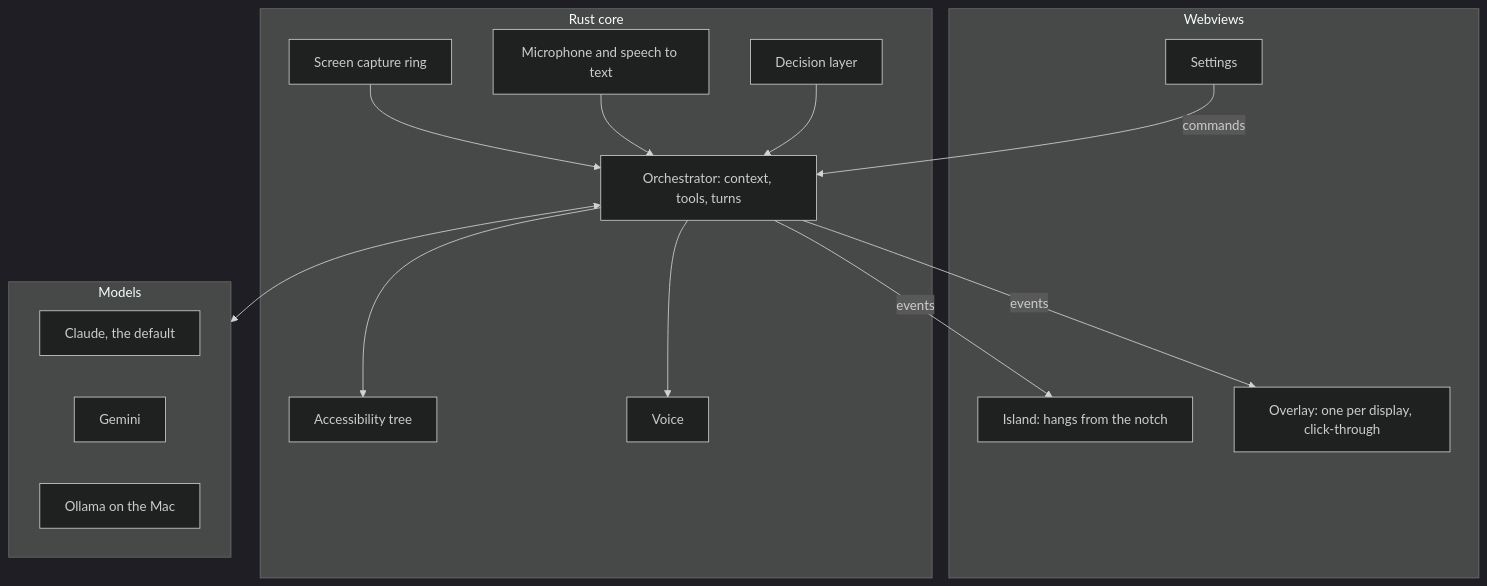
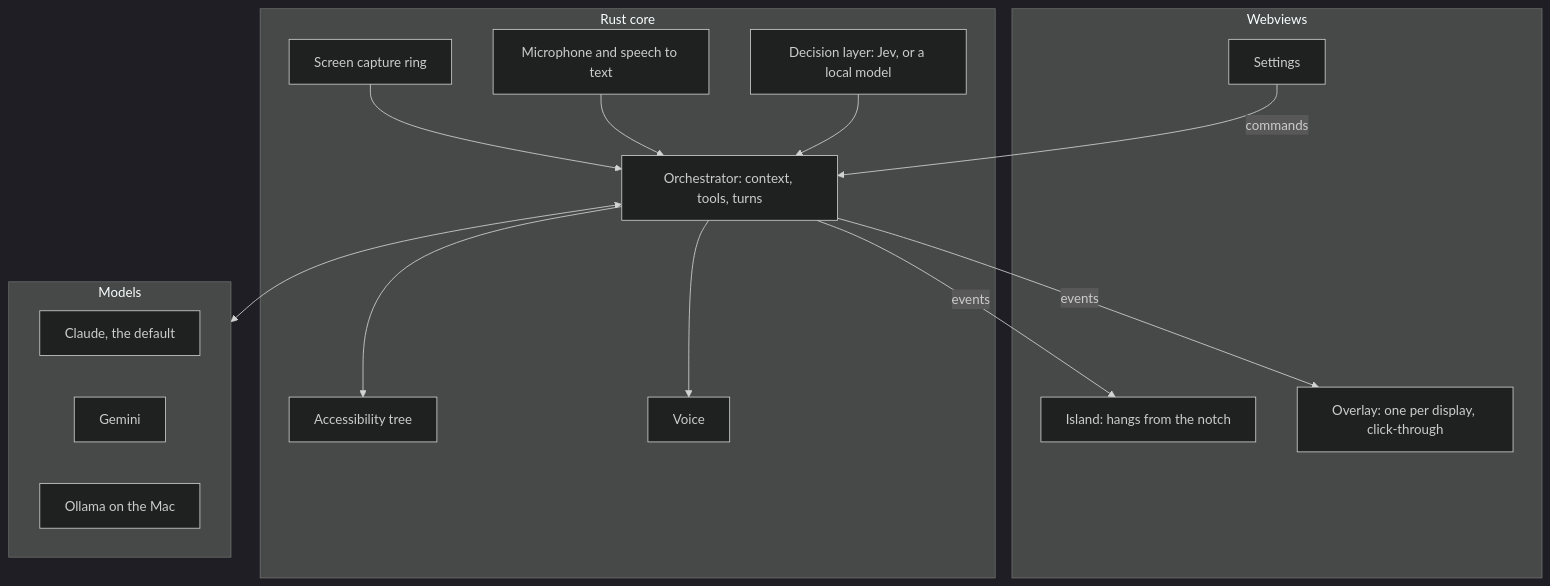
Before and after one commit to Erwan-gif/Orble: the third of 3 diagrams in README.md, drawn with Mermaid (dark theme). The commit also changed other lines of this file and 3 other files, not shown here.

Commit message:
Showcase: why it is built this way, and the decision layer by name

````diff
--- a/README.md
+++ b/README.md
@@ -113,30 +113,30 @@
 ```mermaid
 flowchart TB
     subgraph Windows["Webviews"]
         I["Island: hangs from the notch"]
         O["Overlay: one per display, click-through"]
         P["Settings"]
     end
     subgraph Core["Rust core"]
         C["Screen capture ring"]
         A["Microphone and speech to text"]
         R["Orchestrator: context, tools, turns"]
         X["Accessibility tree"]
         T["Voice"]
-        D["Decision layer"]
+        D["Decision layer: Jev, or a local model"]
     end
     subgraph Models["Models"]
         CL["Claude, the default"]
         GE["Gemini"]
         OL["Ollama on the Mac"]
     end
     C --> R
     A --> R
     D --> R
     R <--> Models
     R --> X
     R --> T
     R -- "events" --> I
     R -- "events" --> O
     P -- "commands" --> R
 ```
````
